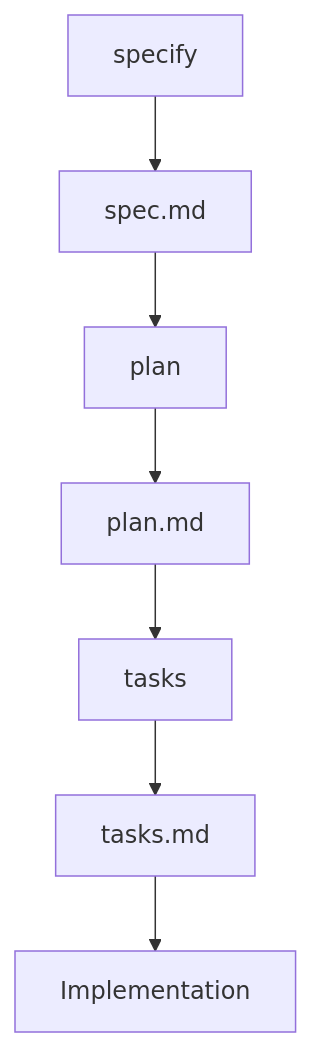
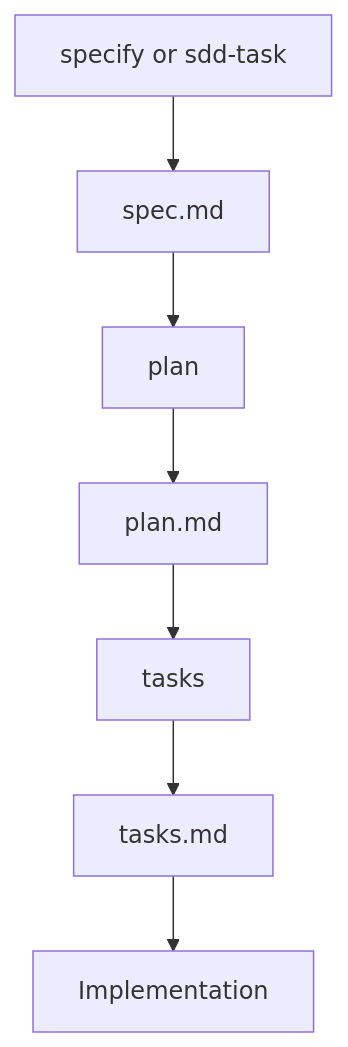
One commit to lwyBZss8924d/ACPLazyBridge changed the diagram in sdd-rules/commands/README.md. Above: the diagram before and after it, drawn with Mermaid. The commit also changed other lines of this file and 32 other files, not shown here.

First line of the commit message:
feat(sdd): Complete SDD workflow with /sdd-task command and validation infrastructure

````diff
--- a/sdd-rules/commands/README.md
+++ b/sdd-rules/commands/README.md
@@ -15,9 +16,9 @@
 ```mermaid
 graph TD
-    A[specify] --> B[spec.md]
+    A[specify or sdd-task] --> B[spec.md]
     B --> C[plan]
     C --> D[plan.md]
     D --> E[tasks]
     E --> F[tasks.md]
     F --> G[Implementation]
 ```
````
